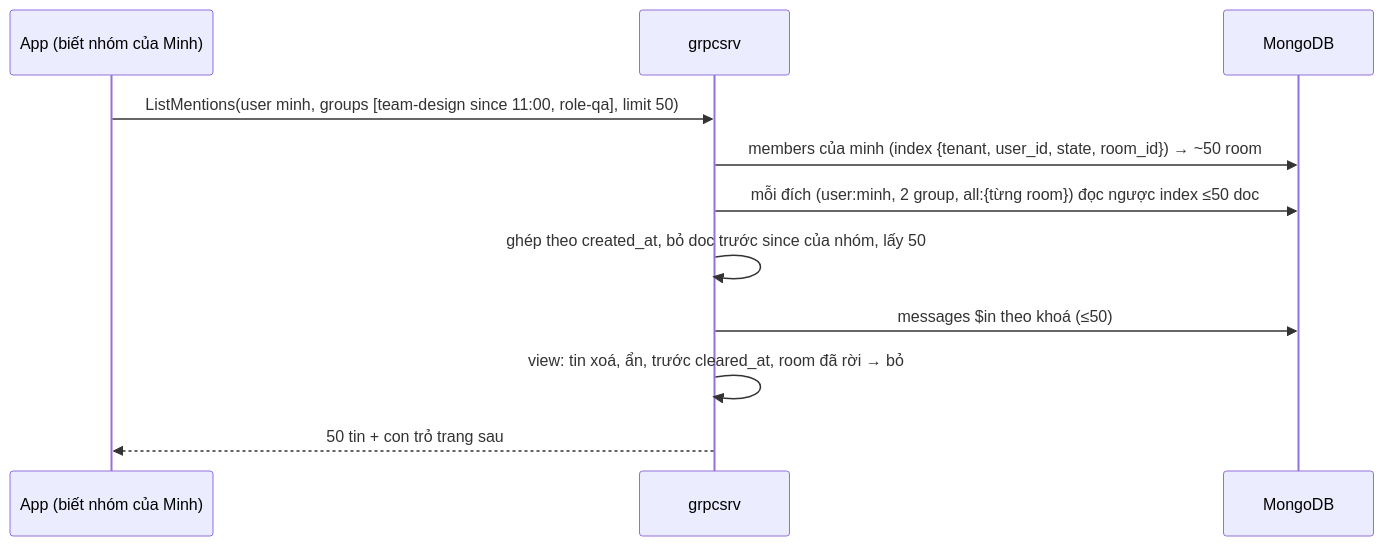
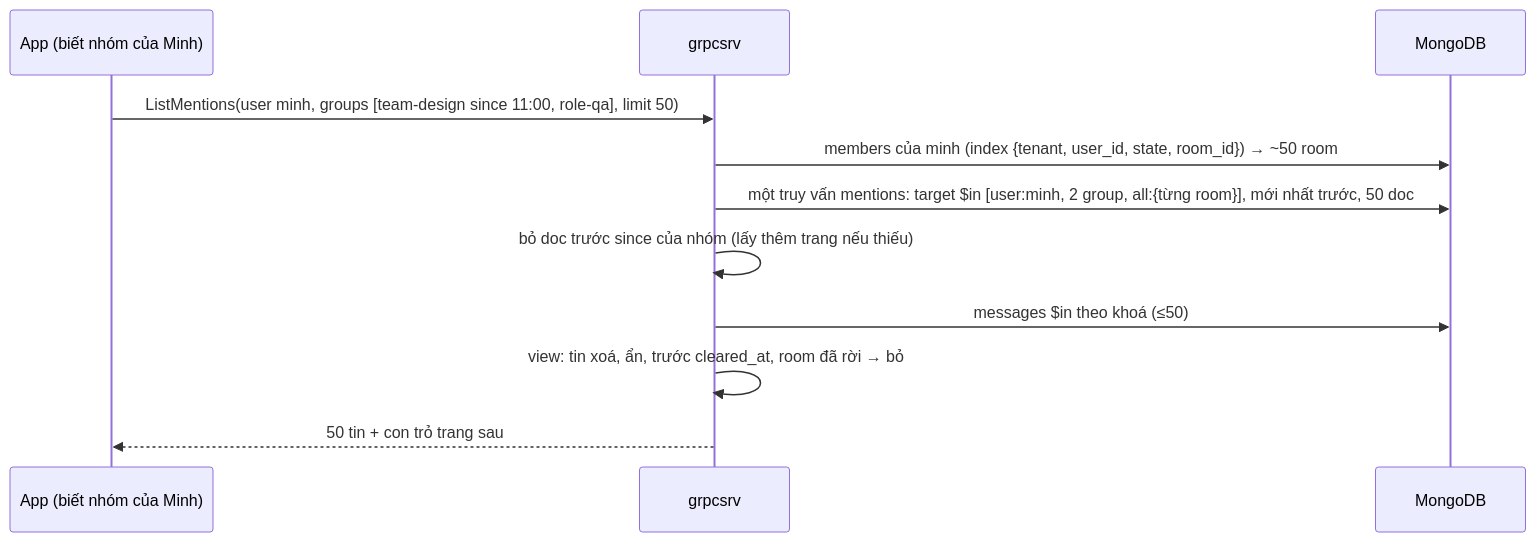
Before and after one commit to ivannguyendev/chatim: the third of 5 diagrams in docs/plans/2026-10-10-m2c-threads-mentions-summary.md, drawn with Mermaid. The commit also changed other lines of this file and 2 other files, not shown here.

````diff
--- a/docs/plans/2026-10-10-m2c-threads-mentions-summary.md
+++ b/docs/plans/2026-10-10-m2c-threads-mentions-summary.md
@@ -229,13 +227,13 @@
 ```mermaid
 sequenceDiagram
   participant App as App (biết nhóm của Minh)
   participant G as grpcsrv
   participant DB as MongoDB
   App->>G: ListMentions(user minh, groups [team-design since 11:00, role-qa], limit 50)
   G->>DB: members của minh (index {tenant, user_id, state, room_id}) → ~50 room
-  G->>DB: mỗi đích (user:minh, 2 group, all:{từng room}) đọc ngược index ≤50 doc
-  G->>G: ghép theo created_at, bỏ doc trước since của nhóm, lấy 50
+  G->>DB: một truy vấn mentions: target $in [user:minh, 2 group, all:{từng room}], mới nhất trước, 50 doc
+  G->>G: bỏ doc trước since của nhóm (lấy thêm trang nếu thiếu)
   G->>DB: messages $in theo khoá (≤50)
   G->>G: view: tin xoá, ẩn, trước cleared_at, room đã rời → bỏ
   G-->>App: 50 tin + con trỏ trang sau
 ```
````
